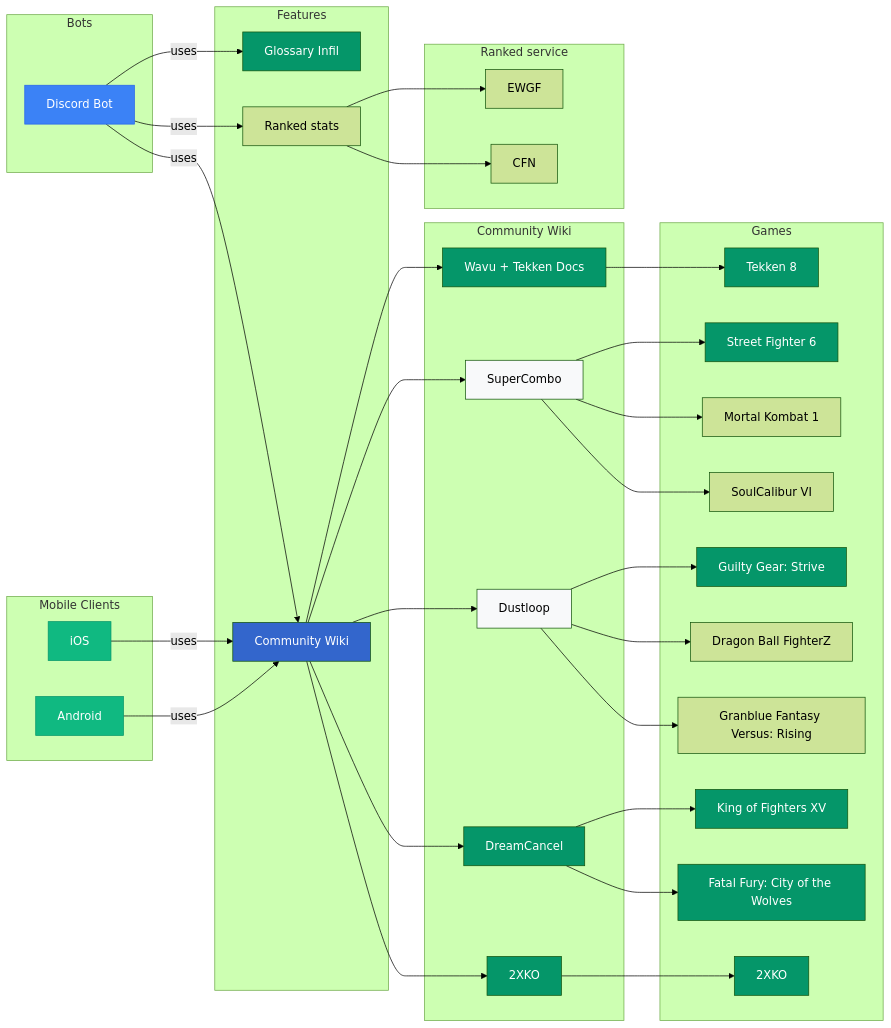
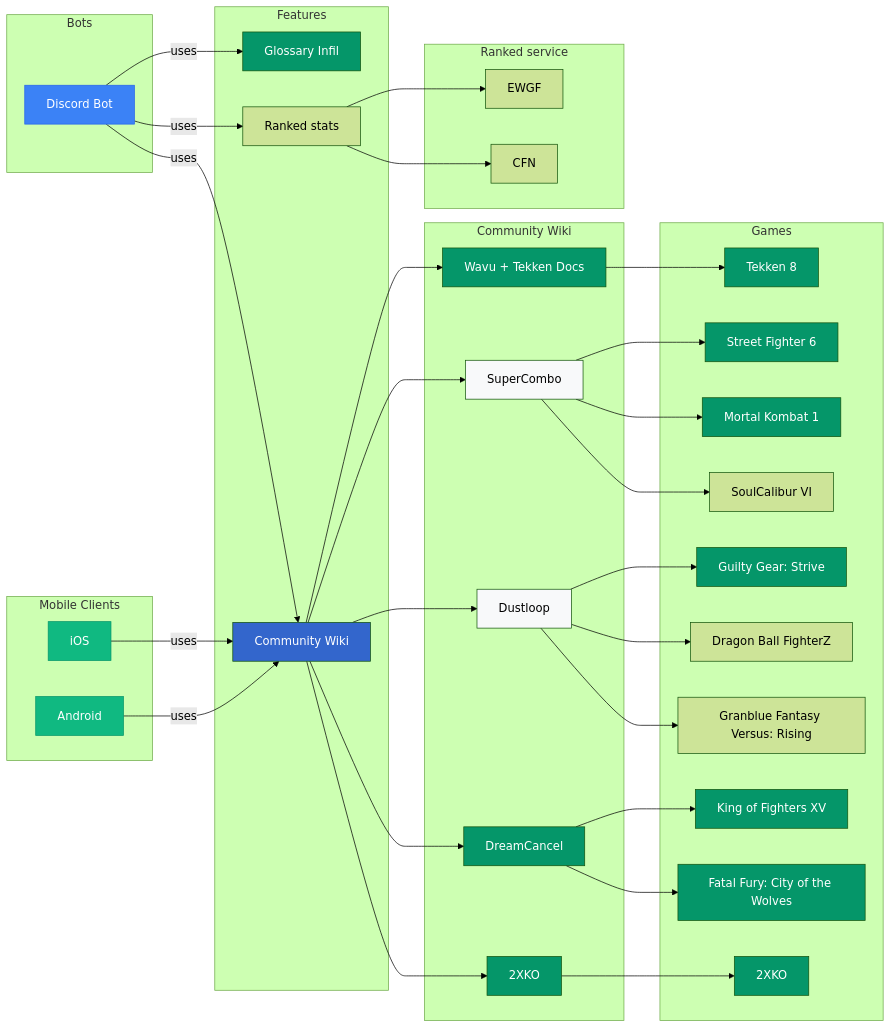
Before and after one commit to Sophon/FightingNerd: the diagram in mermaid/modules.mmd, drawn with Mermaid (forest theme). The commit also changed 51 other files, not shown here.

```diff
--- a/mermaid/modules.mmd
+++ b/mermaid/modules.mmd
@@ -1,86 +1,87 @@
 graph LR
     subgraph Bots
         discordBot[Discord Bot]
     end
 
     subgraph "Mobile Clients"
         android[Android]
         iOS[iOS]
     end
 
     subgraph Features
         glossaryInfil[Glossary Infil]
         communityWiki[Community Wiki]
         elo[Ranked stats]
     end
 
     subgraph Community Wiki
         wikiWavu[Wavu + Tekken Docs]
         supercombo[SuperCombo]
         2xko[2XKO]
         dustloop[Dustloop]
         dreamcancel[DreamCancel]
     end
 
     subgraph Games
         t8[Tekken 8]
         sf6[Street Fighter 6]
         mk1[Mortal Kombat 1]
         sc6[SoulCalibur VI]
         ggst[Guilty Gear: Strive]
         dbfz[Dragon Ball FighterZ]
         gbvsr[Granblue Fantasy Versus: Rising]
         kof15[King of Fighters XV]
         cotw[Fatal Fury: City of the Wolves]
         xko[2XKO]
     end
 
     subgraph Ranked service
         ewgf[EWGF]
         cfn[CFN]
     end
 
     android -->|uses| communityWiki
     iOS -->|uses| communityWiki
 
     discordBot -->|uses| glossaryInfil
     discordBot -->|uses| communityWiki
     discordBot -->|uses| elo
 
     communityWiki --> wikiWavu
     communityWiki --> supercombo
     communityWiki --> 2xko
     communityWiki --> dreamcancel
     communityWiki --> dustloop
 
     elo --> ewgf
     elo --> cfn
 
     wikiWavu --> t8
     supercombo --> sf6
     supercombo --> mk1
     supercombo --> sc6
     dustloop --> ggst
     dustloop --> dbfz
     dustloop --> gbvsr
     2xko --> xko
     dreamcancel --> kof15
     dreamcancel --> cotw
 
 
     style discordBot fill:#3B82F6,stroke:#2563EB,color:#fff
     style android fill:#10B981,stroke:#059669,color:#fff
     style iOS fill:#10B981,stroke:#059669,color:#fff
     style glossaryInfil fill:#059669,color:#fff
     style communityWiki fill:#3366CC,color:#fff
     style wikiWavu fill:#059669,color:#fff
     style supercombo fill:#F8F9FA,color:#000000
     style dreamcancel fill:#059669, color:#fff
     style dustloop fill:#F8F9FA,color:#000000
     style 2xko fill:#059669,color:#fff
     style t8 fill:#059669, color:#fff
     style sf6 fill:#059669, color:#fff
     style xko fill:#059669, color:#fff
     style kof15 fill:#059669,color:#fff
     style cotw fill:#059669,color:#fff
     style ggst fill:#059669,color:#fff
+    style mk1 fill:#059669,color:#fff
```
